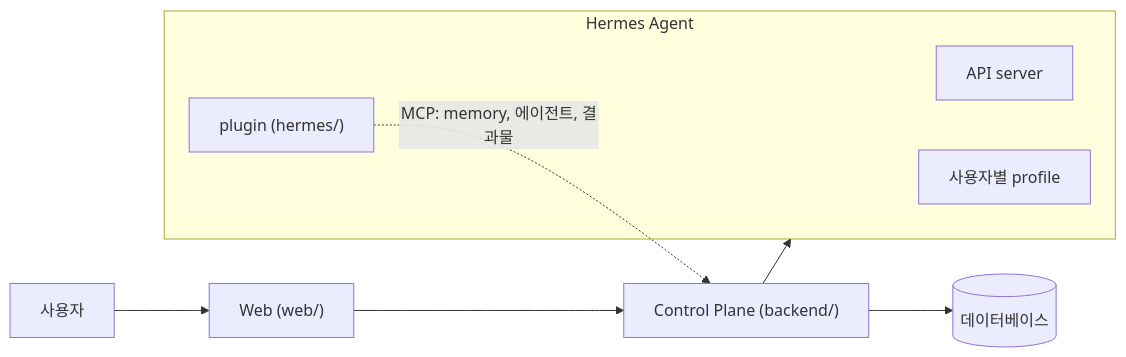
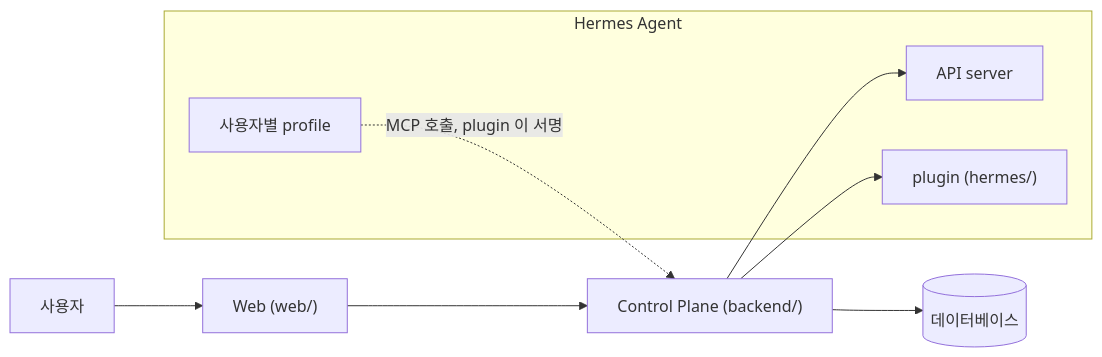
The diagram in README.ko.md (jon890/fos-assistant), drawn with Mermaid before and after one commit. The commit also changed other lines of this file and 3 other files, not shown here.

````diff
--- a/README.ko.md
+++ b/README.ko.md
@@ -61,13 +61,14 @@
 ```mermaid
 flowchart LR
     U[사용자] --> W["Web (web/)"]
     W --> C["Control Plane (backend/)"]
     C --> DB[(데이터베이스)]
-    C --> H
+    C --> A
+    C --> G
     subgraph H[Hermes Agent]
         A[API server]
         P[사용자별 profile]
         G["plugin (hermes/)"]
     end
-    G -. "MCP: memory, 에이전트, 결과물" .-> C
+    P -. "MCP 호출, plugin 이 서명" .-> C
 ```
````
